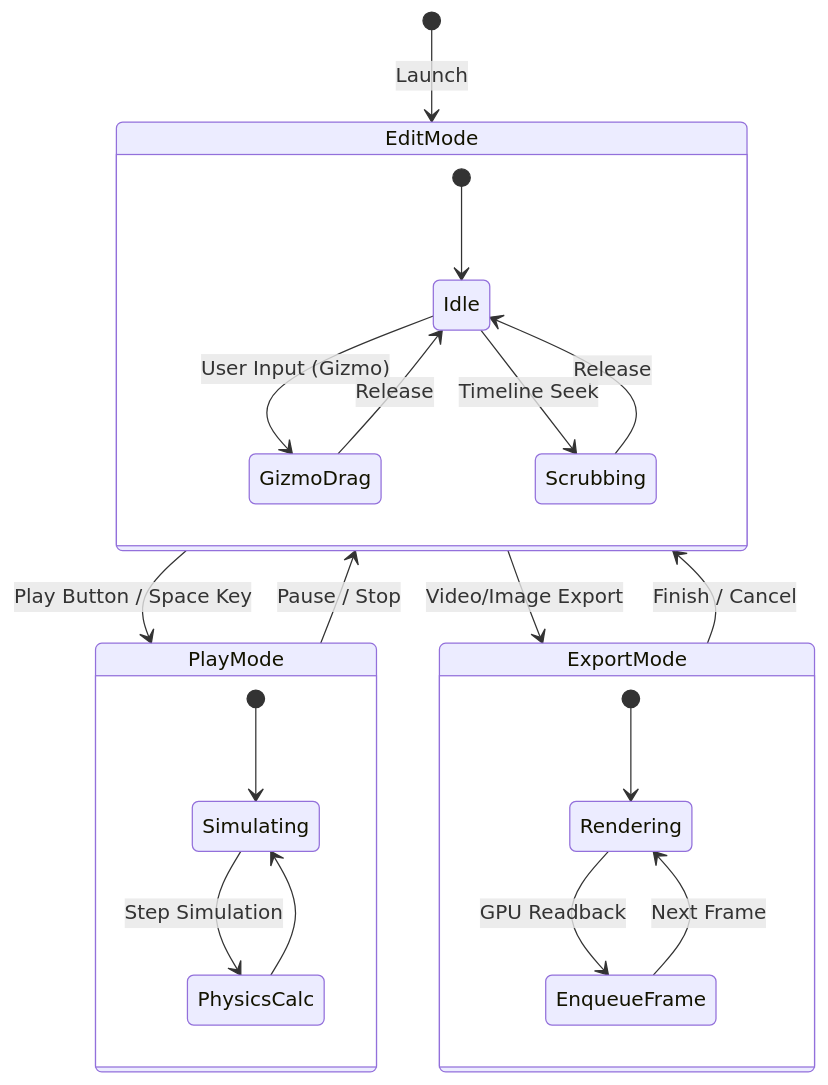
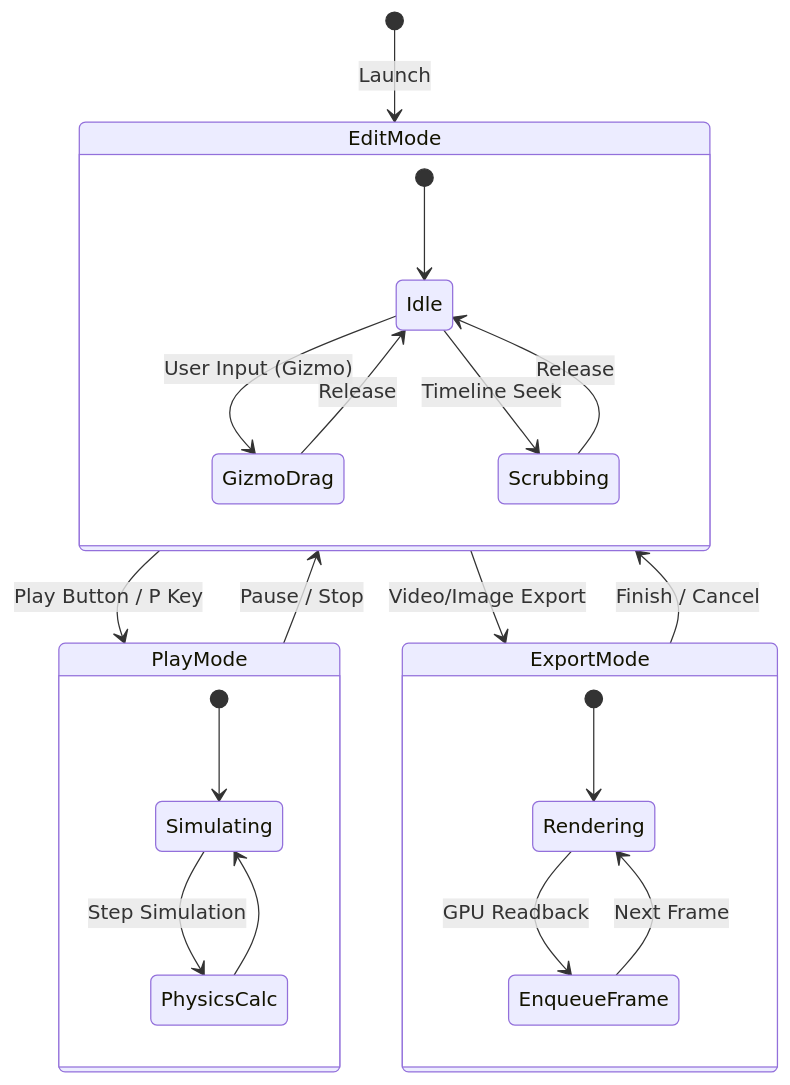
Before and after one commit to catnip-touhou/MikuMikuDayo: the first of 3 diagrams in docs/アーキテクチャ設計_Part3_State Transition & Execution Flow.md, drawn with Mermaid.

Commit message:
Update アーキテクチャ設計_Part3_State Transition & Execution Flow.md

````diff
--- a/docs/アーキテクチャ設計_Part3_State Transition & Execution Flow.md
+++ b/docs/アーキテクチャ設計_Part3_State Transition & Execution Flow.md
@@ -13,31 +13,31 @@
 ```mermaid
 stateDiagram-v2
     [*] --> EditMode : Launch
 
     state EditMode {
         [*] --> Idle
         Idle --> GizmoDrag : User Input (Gizmo)
         GizmoDrag --> Idle : Release
         Idle --> Scrubbing : Timeline Seek
         Scrubbing --> Idle : Release
     }
 
     state PlayMode {
         [*] --> Simulating
         Simulating --> PhysicsCalc : Step Simulation
         PhysicsCalc --> Simulating
     }
 
     state ExportMode {
         [*] --> Rendering
         Rendering --> EnqueueFrame : GPU Readback
         EnqueueFrame --> Rendering : Next Frame
     }
 
     %% Transitions
-    EditMode --> PlayMode : Play Button / Space Key
+    EditMode --> PlayMode : Play Button / P Key
     PlayMode --> EditMode : Pause / Stop
     
     EditMode --> ExportMode : Video/Image Export
     ExportMode --> EditMode : Finish / Cancel
 ```
````
